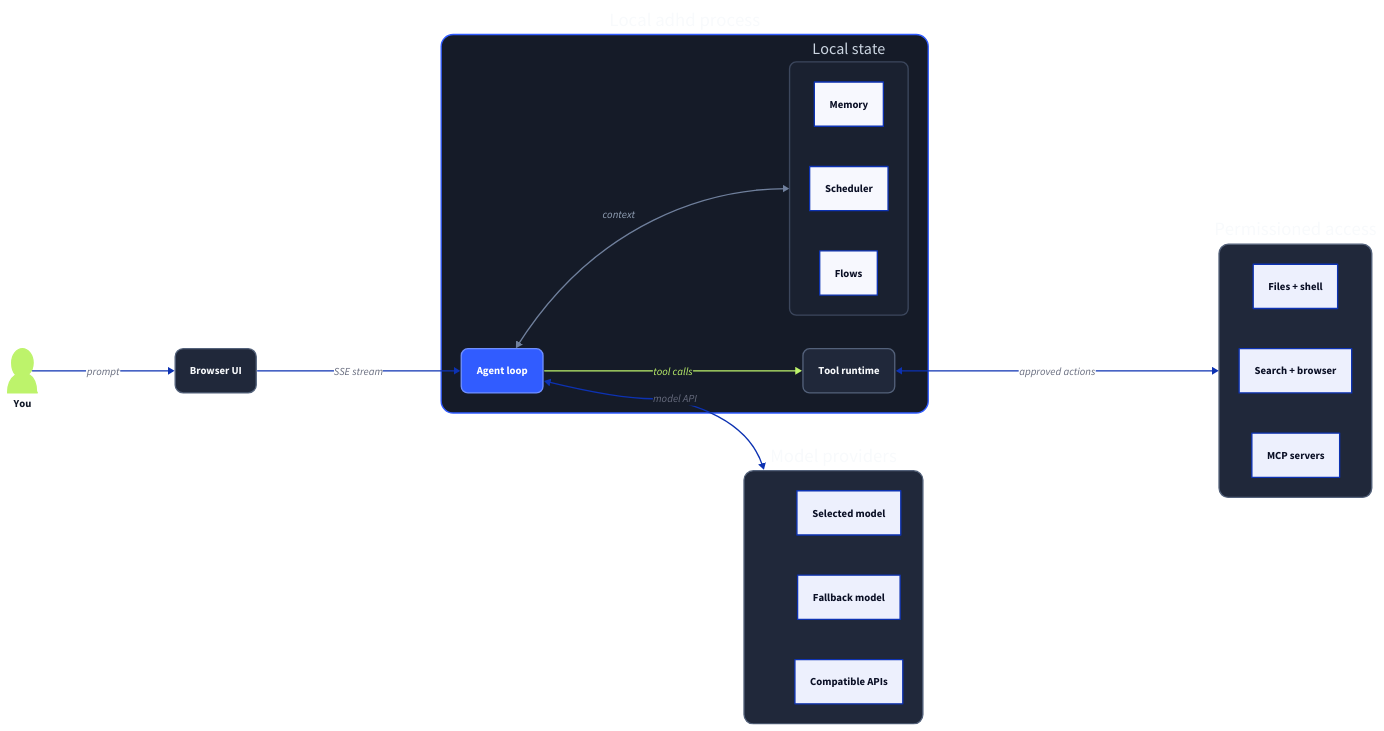
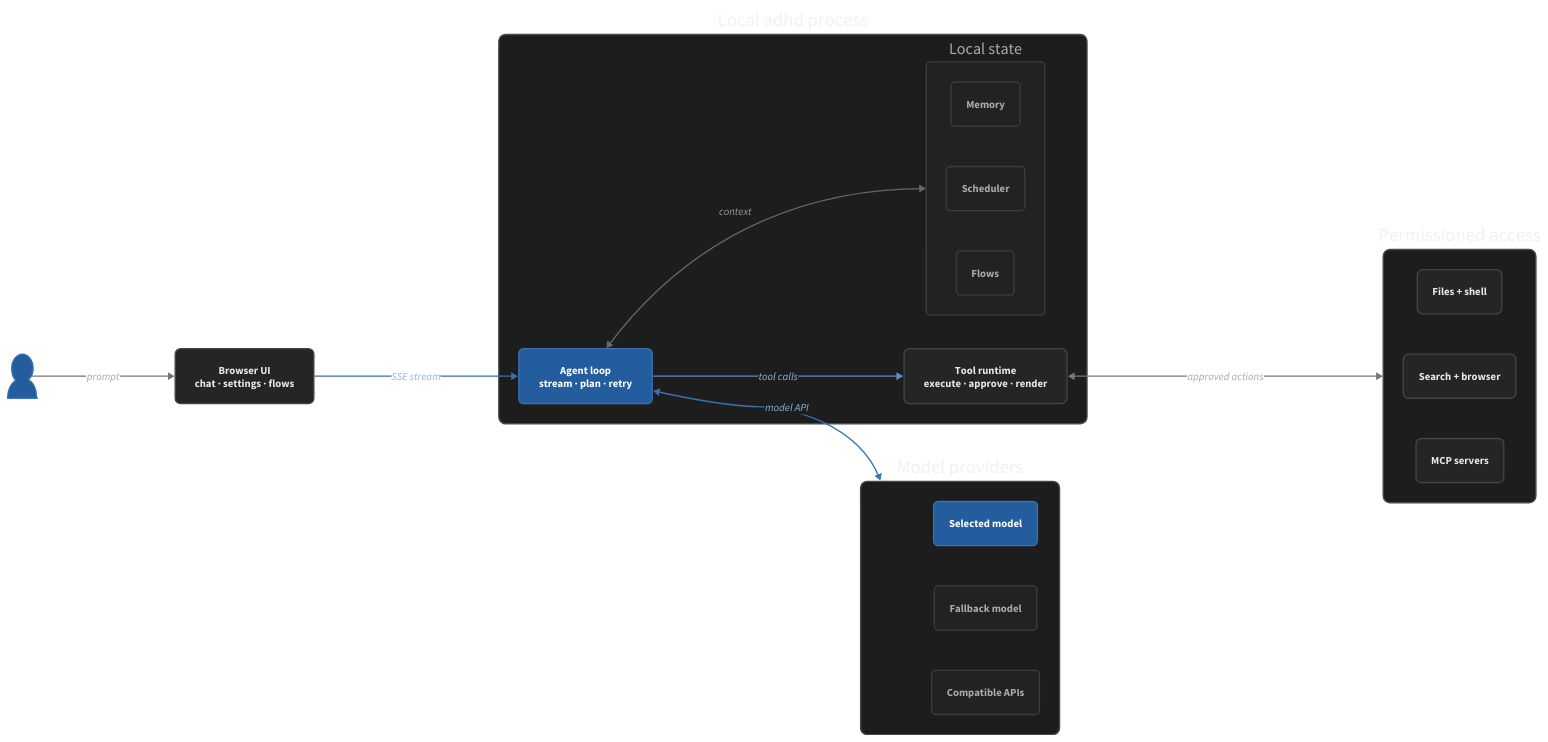
Before and after one commit to Adhishtanaka/adhd: the diagram in assets/architecture.d2, drawn with D2. The commit also changed 6 other files, not shown here.

```diff
--- a/assets/architecture.d2
+++ b/assets/architecture.d2
@@ -1,80 +1,97 @@
 direction: right
+
+classes: {
+  surface: {
+    style.fill: "#252525"
+    style.stroke: "#454545"
+    style.font-color: "#E8E8E8"
+    style.border-radius: 8
+  }
+  group: {
+    style.fill: "#1D1D1D"
+    style.stroke: "#4B4B4B"
+    style.font-color: "#F1F1F1"
+    style.border-radius: 10
+  }
+  muted: {
+    style.fill: "#222222"
+    style.stroke: "#3C3C3C"
+    style.font-color: "#AAAAAA"
+    style.border-radius: 6
+  }
+  primary: {
+    style.fill: "#245D9E"
+    style.stroke: "#3972AE"
+    style.font-color: "#FFFFFF"
+    style.border-radius: 7
+  }
+}
 
 user: You {
   shape: person
-  style.fill: "#BDF36B"
-  style.stroke: "#BDF36B"
-  style.font-color: "#111827"
+  style.fill: "#245D9E"
+  style.stroke: "#3972AE"
+  style.font-color: "#FFFFFF"
 }
 
 browser: Browser UI {
-  style.fill: "#20283A"
-  style.stroke: "#53617A"
-  style.font-color: "#F8FAFC"
-  style.border-radius: 12
+  class: surface
+  label: "Browser UI\nchat · settings · flows"
 }
 
 local: Local adhd process {
-  style.fill: "#151B28"
-  style.stroke: "#315CFF"
-  style.font-color: "#F8FAFC"
-  style.border-radius: 18
-
+  class: group
   agent: Agent loop {
-    style.fill: "#315CFF"
-    style.stroke: "#6F8FFF"
-    style.font-color: "#FFFFFF"
-    style.border-radius: 10
+    class: primary
+    label: "Agent loop\nstream · plan · retry"
   }
-
   tools: Tool runtime {
-    style.fill: "#20283A"
-    style.stroke: "#53617A"
-    style.font-color: "#F8FAFC"
-    style.border-radius: 10
+    class: surface
+    label: "Tool runtime\nexecute · approve · render"
   }
-
   state: Local state {
-    memory: Memory
-    schedules: Scheduler
-    flows: Flows
-    style.fill: "#1A2130"
-    style.stroke: "#3C475D"
-    style.font-color: "#CBD5E1"
-    style.border-radius: 10
+    class: muted
+    memory: Memory {class: muted}
+    schedules: Scheduler {class: muted}
+    flows: Flows {class: muted}
   }
-
   agent -> tools: tool calls {
-    style.stroke: "#BDF36B"
-    style.font-color: "#BDF36B"
+    style.stroke: "#5D8FC5"
+    style.font-color: "#8DB4DE"
   }
   agent <-> state: context {
-    style.stroke: "#70809D"
-    style.font-color: "#94A3B8"
+    style.stroke: "#666666"
+    style.font-color: "#999999"
   }
 }
 
 models: Model providers {
-  selected: Selected model
-  fallback: Fallback model
-  compatible: Compatible APIs
-  style.fill: "#20283A"
-  style.stroke: "#53617A"
-  style.font-color: "#F8FAFC"
-  style.border-radius: 14
+  class: group
+  selected: Selected model {class: primary}
+  fallback: Fallback model {class: muted}
+  compatible: Compatible APIs {class: muted}
 }
 
 world: Permissioned access {
-  files: Files + shell
-  web: Search + browser
-  mcp: MCP servers
-  style.fill: "#20283A"
-  style.stroke: "#53617A"
-  style.font-color: "#F8FAFC"
-  style.border-radius: 14
+  class: group
+  files: Files + shell {class: surface}
+  web: Search + browser {class: surface}
+  mcp: MCP servers {class: surface}
 }
 
-user -> browser: prompt
-browser -> local.agent: SSE stream
-local.agent <-> models: model API
-local.tools <-> world: approved actions
+user -> browser: prompt {
+  style.stroke: "#777777"
+  style.font-color: "#A8A8A8"
+}
+browser -> local.agent: SSE stream {
+  style.stroke: "#3972AE"
+  style.font-color: "#8DB4DE"
+}
+local.agent <-> models: model API {
+  style.stroke: "#3972AE"
+  style.font-color: "#8DB4DE"
+}
+local.tools <-> world: approved actions {
+  style.stroke: "#777777"
+  style.font-color: "#A8A8A8"
+}
```
